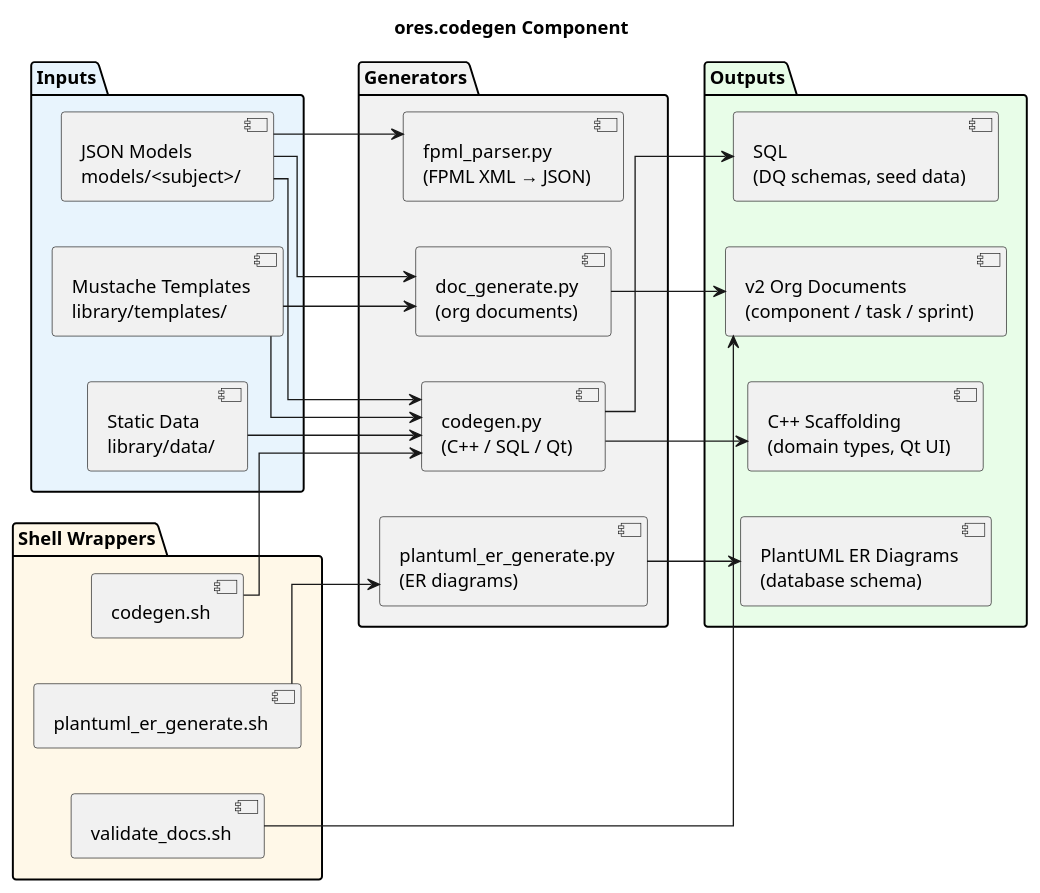
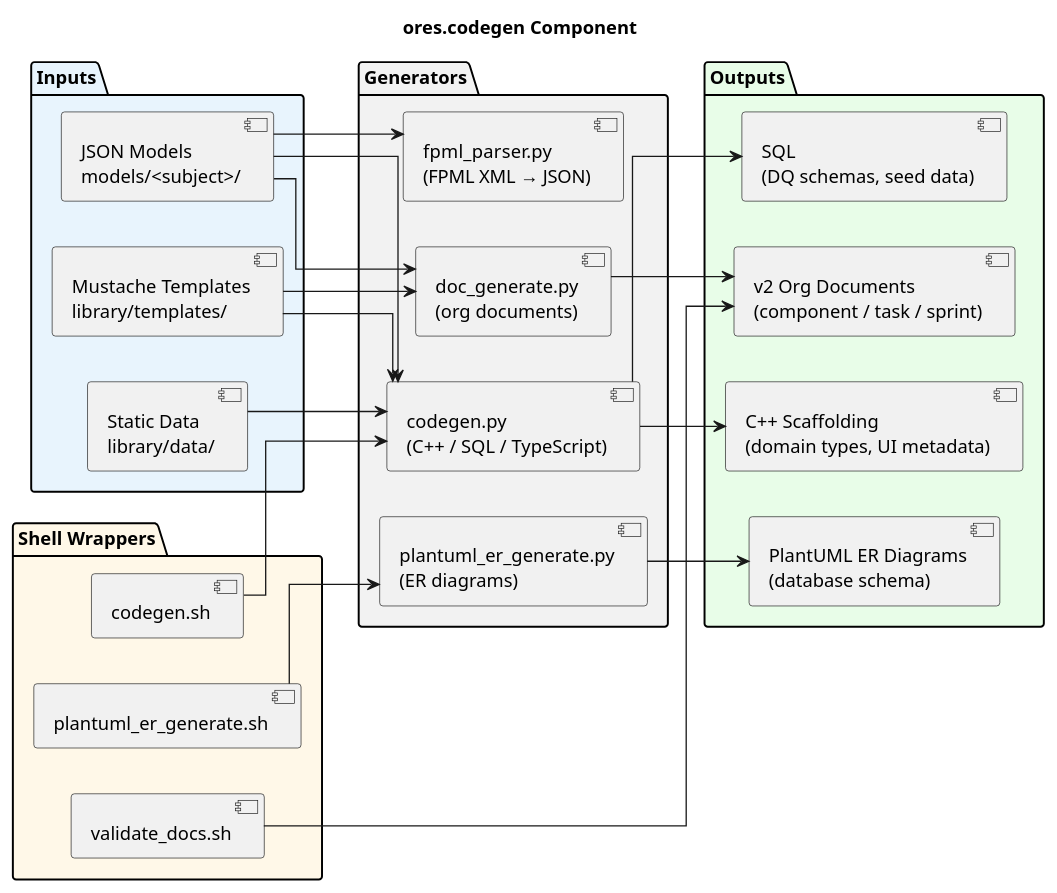
The diagram in projects/ores.codegen/modeling/ores.codegen.puml (OreStudio/OreStudio), drawn with PlantUML before and after one commit. The commit also changed 2552 other files, not shown here.

```diff
--- a/projects/ores.codegen/modeling/ores.codegen.puml
+++ b/projects/ores.codegen/modeling/ores.codegen.puml
@@ -18,57 +18,57 @@
 @startuml
 
 title ores.codegen Component
 
 skinparam linetype ortho
 left to right direction
 
 package "Inputs" #E8F4FD {
     [JSON Models\nmodels/<subject>/] as models
     [Mustache Templates\nlibrary/templates/] as templates
     [Static Data\nlibrary/data/] as data
 }
 
 package "Generators" #F2F2F2 {
-    [codegen.py\n(C++ / SQL / Qt)] as gen
+    [codegen.py\n(C++ / SQL / TypeScript)] as gen
     [doc_generate.py\n(org documents)] as docgen
     [fpml_parser.py\n(FPML XML → JSON)] as fpml
     [plantuml_er_generate.py\n(ER diagrams)] as ergen
 }
 
 package "Shell Wrappers" #FFF8E8 {
     [codegen.sh] as gensh
     [plantuml_er_generate.sh] as ersh
     [validate_docs.sh] as valsh
 }
 
 package "Outputs" #E8FDE8 {
     [SQL\n(DQ schemas, seed data)] as sql
-    [C++ Scaffolding\n(domain types, Qt UI)] as cpp
+    [C++ Scaffolding\n(domain types, UI metadata)] as cpp
     [v2 Org Documents\n(component / task / sprint)] as orgdocs
     [PlantUML ER Diagrams\n(database schema)] as erdiag
 }
 
 gensh --> gen
 ersh --> ergen
 valsh --> orgdocs
 
 models --> gen
 templates --> gen
 data --> gen
 
 models --> docgen
 templates --> docgen
 
 models --> fpml
 
 gen --> sql
 gen --> cpp
 
 docgen --> orgdocs
 
 ergen --> erdiag
 
 ' Local Variables:
 ' compile-command: "java -Djava.awt.headless=true -DPLANTUML_SECURITY_PROFILE=UNSECURE -DPLANTUML_LIMIT_SIZE=65535 -jar /usr/share/plantuml/plantuml.jar ores.codegen.puml"
 ' End:
 @enduml
```
